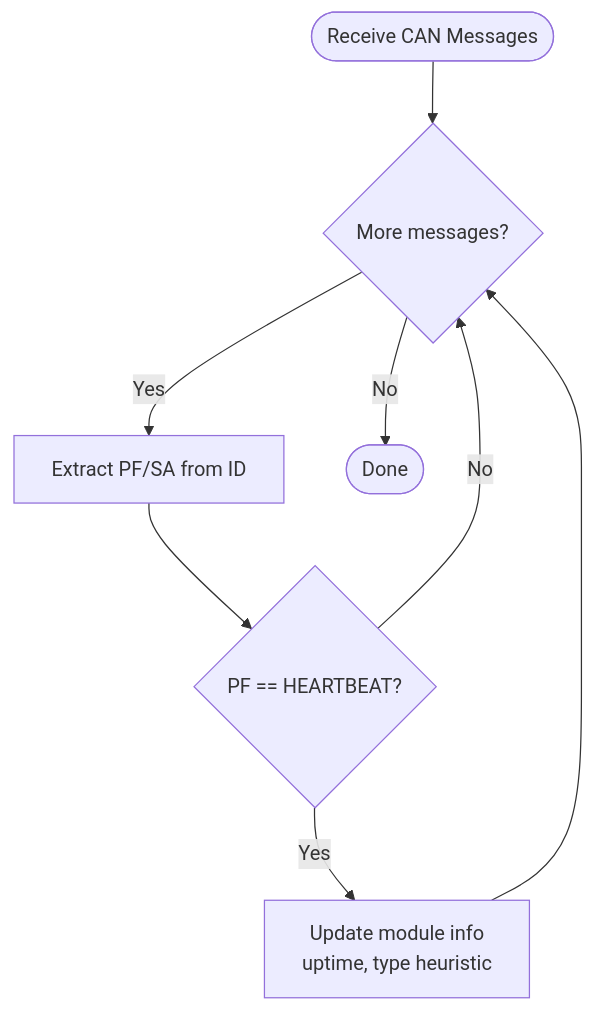
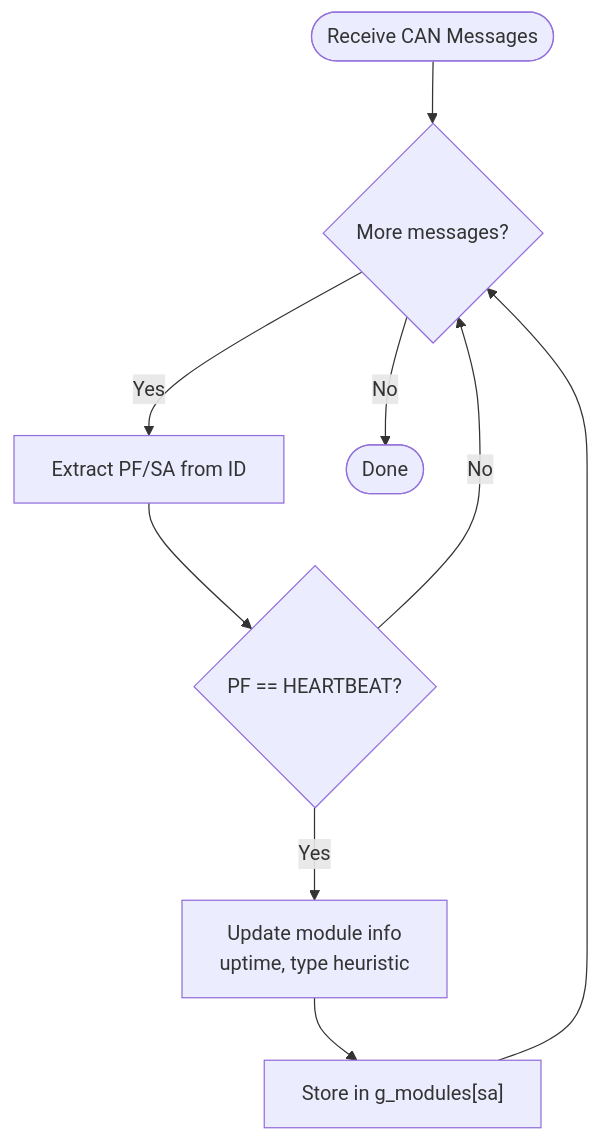
One commit to gunicsba/ESP_CAN_ECU_joystick_collection changed the sixth of 9 diagrams in .qoder/repowiki/en/content/OTA Firmware Updates/OTA Firmware Updates.md. Above: the diagram before and after it, drawn with Mermaid. The commit also changed other lines of this file and 11 other files, not shown here.

````diff
--- a/.qoder/repowiki/en/content/OTA Firmware Updates/OTA Firmware Updates.md
+++ b/.qoder/repowiki/en/content/OTA Firmware Updates/OTA Firmware Updates.md
@@ -206,10 +251,11 @@
 ```mermaid
 flowchart TD
 Start(["Receive CAN Messages"]) --> Loop{"More messages?"}
 Loop --> |Yes| Extract["Extract PF/SA from ID"]
 Extract --> IsHB{"PF == HEARTBEAT?"}
 IsHB --> |No| Loop
 IsHB --> |Yes| Update["Update module info<br/>uptime, type heuristic"]
-Update --> Loop
+Update --> Store["Store in g_modules[sa]"]
+Store --> Loop
 Loop --> |No| End(["Done"])
 ```
````
